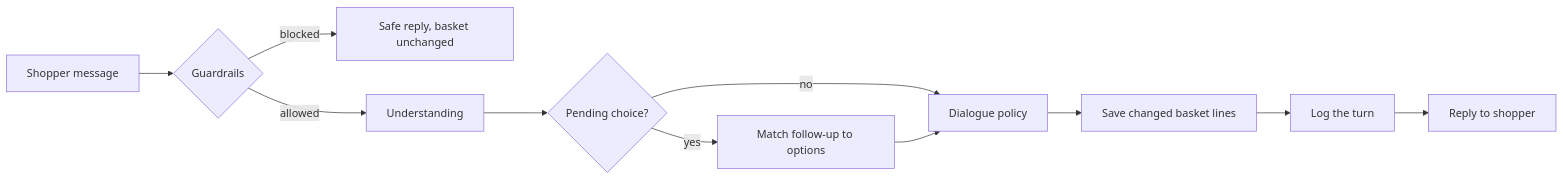
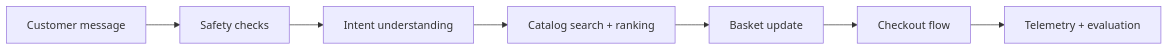
The diagram in README.md (1994-munk/Shopi_assistant), drawn with Mermaid before and after one commit. The commit also changed other lines of this file and 12 other files, not shown here.

````diff
--- a/README.md
+++ b/README.md
@@ -46,13 +55,9 @@
 ```mermaid
 flowchart LR
-  A[Shopper message] --> B{Guardrails}
-  B -- blocked --> R[Safe reply, basket unchanged]
-  B -- allowed --> C[Understanding]
-  C --> D{Pending choice?}
-  D -- yes --> E[Match follow-up to options]
-  D -- no --> F[Dialogue policy]
-  E --> F
-  F --> G[Save changed basket lines]
-  G --> H[Log the turn]
-  H --> I[Reply to shopper]
+  A[Customer message] --> B[Safety checks]
+  B --> C[Intent understanding]
+  C --> D[Catalog search + ranking]
+  D --> E[Basket update]
+  E --> F[Checkout flow]
+  F --> G[Telemetry + evaluation]
 ```
````
